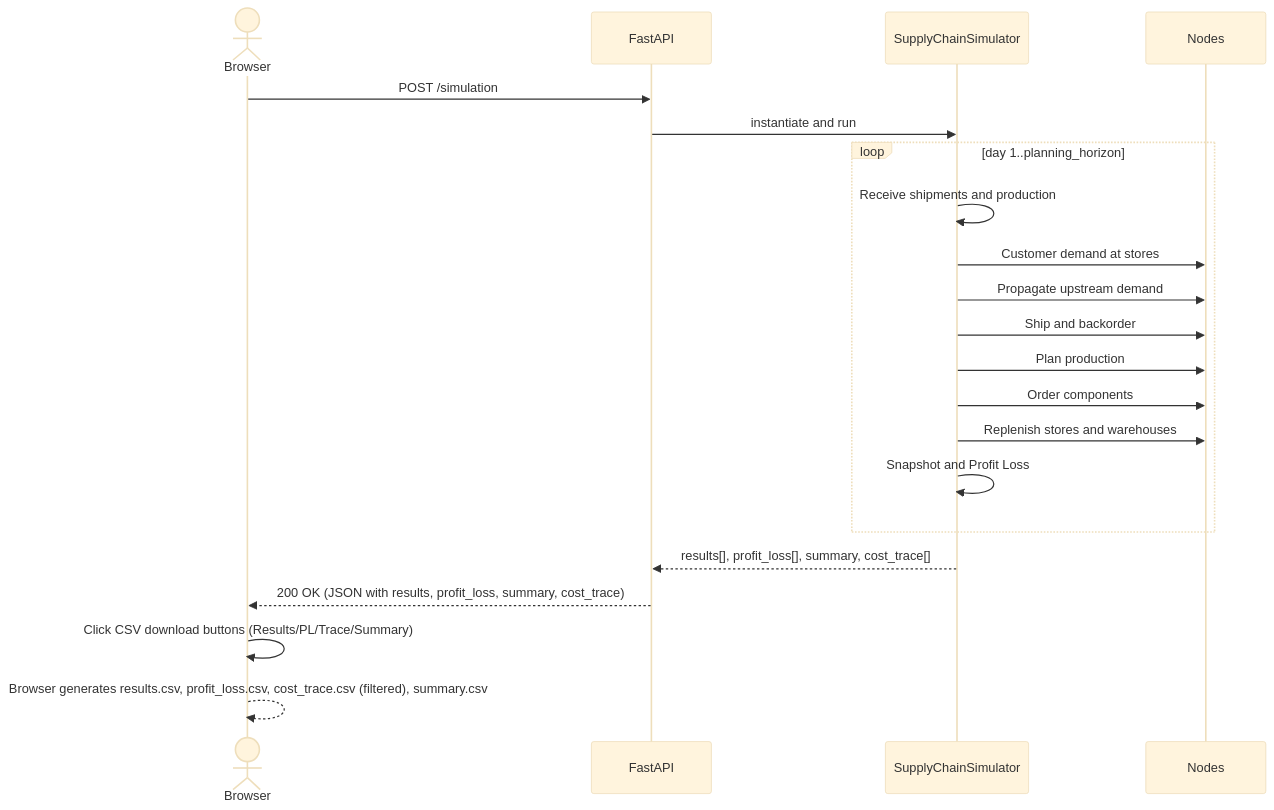
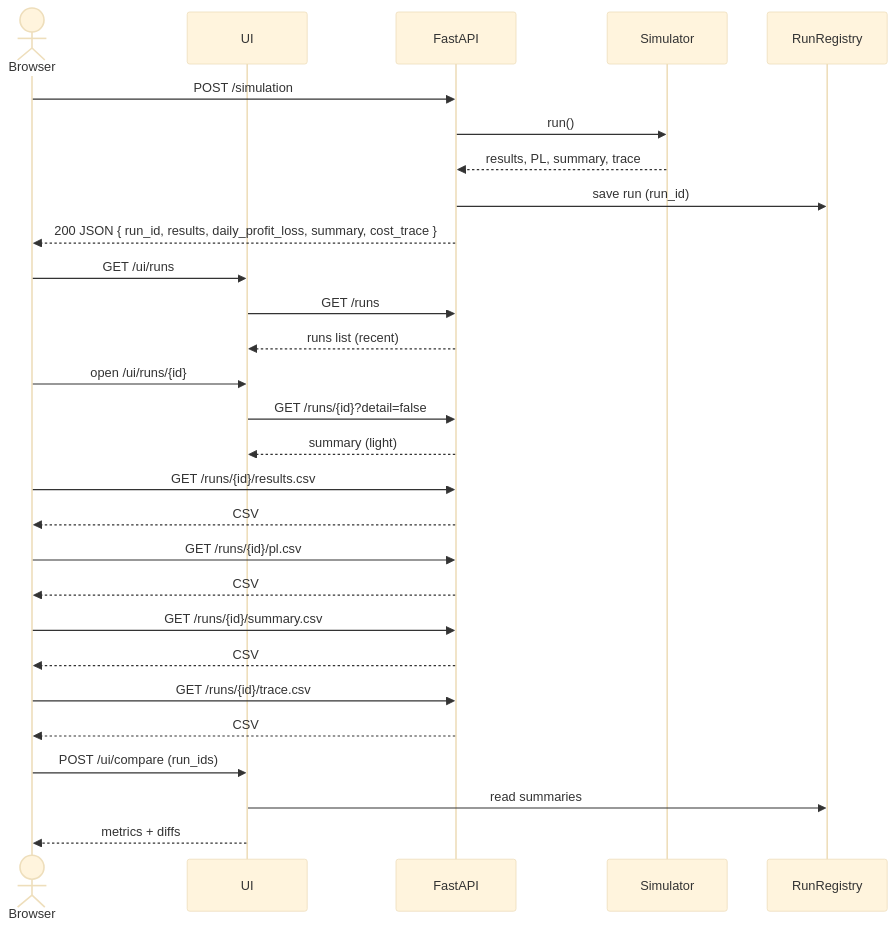
One commit to miumigy/scpln changed the third of 3 diagrams in README.md. Above: the diagram before and after it, drawn with Mermaid (base theme). The commit also changed other lines of this file, not shown here.

Commit message:
docs(readme): unify sequence diagrams into one end-to-end flow (UI+API+RunRegistry+CSV) and reference from runs section

````diff
--- a/README.md
+++ b/README.md
@@ -646,24 +626,40 @@
 ```mermaid
 sequenceDiagram
   actor User as Browser
+  participant UI as UI
   participant API as FastAPI
-  participant Sim as SupplyChainSimulator
-  participant Nodes as Nodes
+  participant Sim as Simulator
+  participant REG as RunRegistry
 
+  %% 実行
   User->>API: POST /simulation
-  API->>Sim: instantiate and run
-  loop day 1..planning_horizon
-    Sim->>Sim: Receive shipments and production
-    Sim->>Nodes: Customer demand at stores
-    Sim->>Nodes: Propagate upstream demand
-    Sim->>Nodes: Ship and backorder
-    Sim->>Nodes: Plan production
-    Sim->>Nodes: Order components
-    Sim->>Nodes: Replenish stores and warehouses
-    Sim->>Sim: Snapshot and Profit Loss
-  end
-  Sim-->>API: results[], profit_loss[], summary, cost_trace[]
-  API-->>User: 200 OK (JSON with results, profit_loss, summary, cost_trace)
-  User->>User: Click CSV download buttons (Results/PL/Trace/Summary)
-  User-->>User: Browser generates results.csv, profit_loss.csv, cost_trace.csv (filtered), summary.csv
+  API->>Sim: run()
+  Sim-->>API: results, PL, summary, trace
+  API->>REG: save run (run_id)
+  API-->>User: 200 JSON { run_id, results, daily_profit_loss, summary, cost_trace }
+
+  %% 履歴一覧
+  User->>UI: GET /ui/runs
+  UI->>API: GET /runs
+  API-->>UI: runs list (recent)
+
+  %% 詳細
+  User->>UI: open /ui/runs/{id}
+  UI->>API: GET /runs/{id}?detail=false
+  API-->>UI: summary (light)
+
+  %% CSV エクスポート
+  User->>API: GET /runs/{id}/results.csv
+  API-->>User: CSV
+  User->>API: GET /runs/{id}/pl.csv
+  API-->>User: CSV
+  User->>API: GET /runs/{id}/summary.csv
+  API-->>User: CSV
+  User->>API: GET /runs/{id}/trace.csv
+  API-->>User: CSV
+
+  %% 比較
+  User->>UI: POST /ui/compare (run_ids)
+  UI->>REG: read summaries
+  UI-->>User: metrics + diffs
 ```
````
